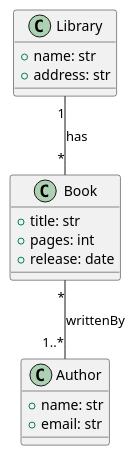
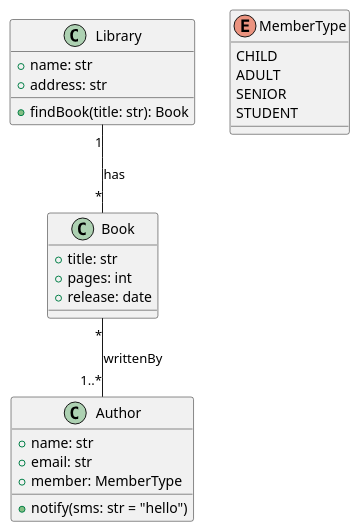
Before and after one commit to BESSER-PEARL/BESSER: the diagram in docs/source/code_eg/structural_grammar/library.plantuml, drawn with PlantUML. The commit also changed 5 other files, not shown here.

```diff
--- a/docs/source/code_eg/structural_grammar/library.plantuml
+++ b/docs/source/code_eg/structural_grammar/library.plantuml
@@ -1,20 +1,30 @@
 @startuml
 class Library {
 + name: str
 + address: str
++ findBook(title: str): Book
 }
 
 class Book {
 + title: str
 + pages: int
 + release: date
 }
 
 class Author {
 + name: str
-+ email: str 
++ email: str
++ member: MemberType
++ notify(sms: str = "hello")
+}
+
+enum MemberType {
+    CHILD
+    ADULT
+    SENIOR
+    STUDENT
 }
 
 Book "*" -- "1..*" Author: writtenBy
 Library "1" -- "*" Book: has
 @enduml
```
